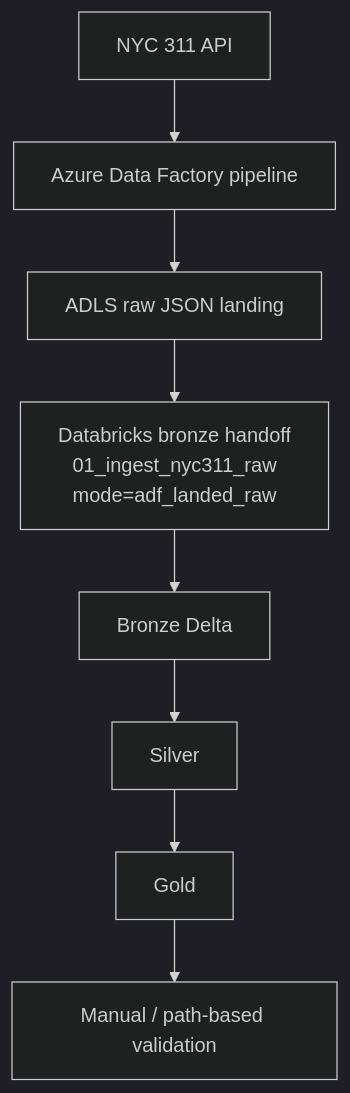
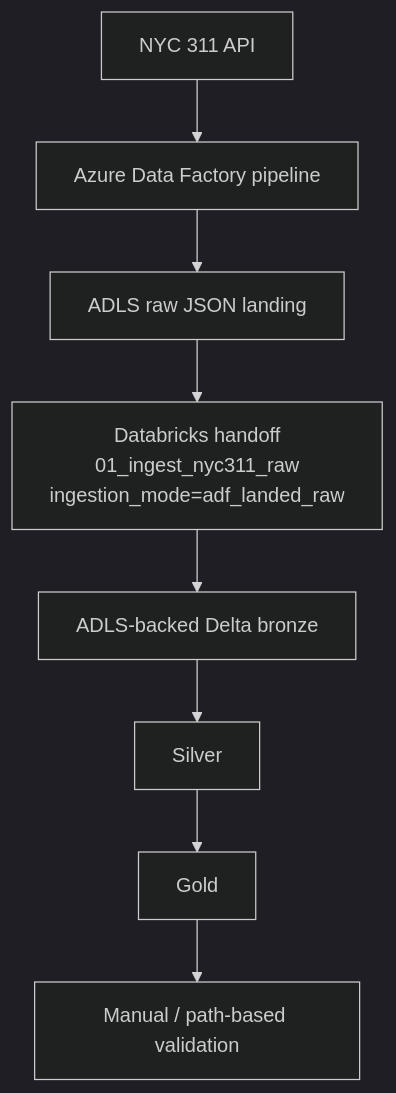
The diagram in README.md (rihua-tech/nyc-311-service-requests-lakehouse), drawn with Mermaid (dark theme) before and after one commit. The commit also changed 8 other files, not shown here.

Commit message:
fix: align backlog snapshot and ADF handoff contracts

````diff
--- a/README.md
+++ b/README.md
@@ -28,10 +28,10 @@
 ```mermaid
 flowchart TD
     A[NYC 311 API] --> B[Azure Data Factory pipeline]
     B --> C[ADLS raw JSON landing]
-    C --> D[Databricks bronze handoff<br/>01_ingest_nyc311_raw<br/>mode=adf_landed_raw]
-    D --> E[Bronze Delta]
+    C --> D[Databricks handoff<br/>01_ingest_nyc311_raw<br/>ingestion_mode=adf_landed_raw]
+    D --> E[ADLS-backed Delta bronze]
     E --> F[Silver]
     F --> G[Gold]
     G --> H[Manual / path-based validation]
 ```
````
